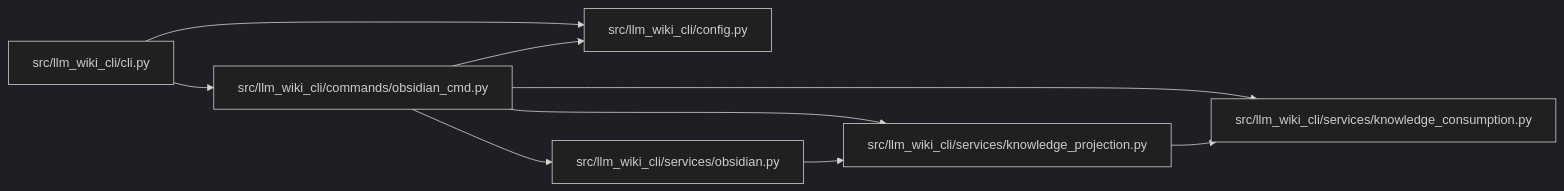
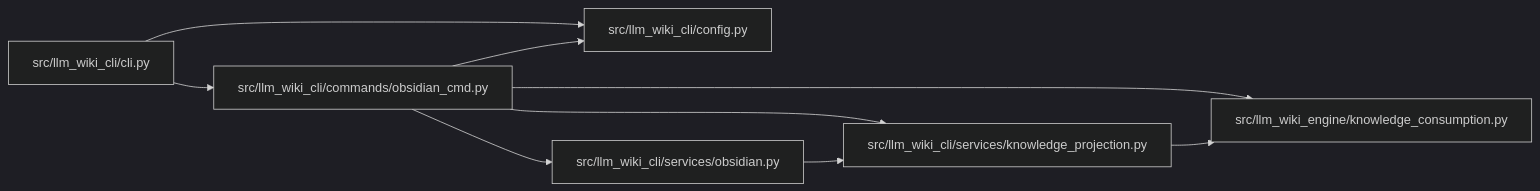
The diagram in docs/llm_wiki/modules/obsidian_cmd.md (Denissvgn/python-wiki-llm), drawn with Mermaid (dark theme) before and after one commit. The commit also changed other lines of this file and 1058 other files, not shown here.

First line of the commit message:
docs: refresh the wiki for the knowledge store move

````diff
--- a/docs/llm_wiki/modules/obsidian_cmd.md
+++ b/docs/llm_wiki/modules/obsidian_cmd.md
@@ -27,23 +27,23 @@
 ```mermaid
 flowchart LR
     n0["src/llm_wiki_cli/cli.py"]
     n1["src/llm_wiki_cli/commands/obsidian_cmd.py"]
     n2["src/llm_wiki_cli/config.py"]
-    n3["src/llm_wiki_cli/services/knowledge_consumption.py"]
-    n4["src/llm_wiki_cli/services/knowledge_projection.py"]
-    n5["src/llm_wiki_cli/services/obsidian.py"]
+    n3["src/llm_wiki_cli/services/knowledge_projection.py"]
+    n4["src/llm_wiki_cli/services/obsidian.py"]
+    n5["src/llm_wiki_engine/knowledge_consumption.py"]
     n0 --> n1
     n0 --> n2
     n1 --> n2
     n1 --> n3
     n1 --> n4
     n1 --> n5
+    n3 --> n5
     n4 --> n3
-    n5 --> n4
     click n0 "../modules/cli.md"
     click n1 "../modules/obsidian_cmd.md"
     click n2 "../modules/config.md"
-    click n3 "../modules/knowledge_consumption.md"
-    click n4 "../modules/knowledge_projection.md"
-    click n5 "../modules/obsidian.md"
+    click n3 "../modules/knowledge_projection.md"
+    click n4 "../modules/obsidian.md"
+    click n5 "../modules/knowledge_consumption.md"
 ```
````
